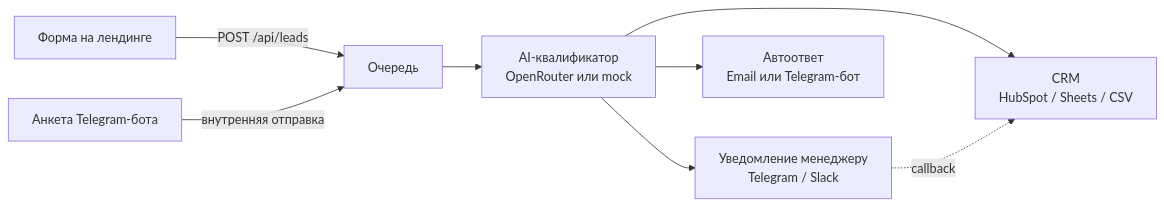
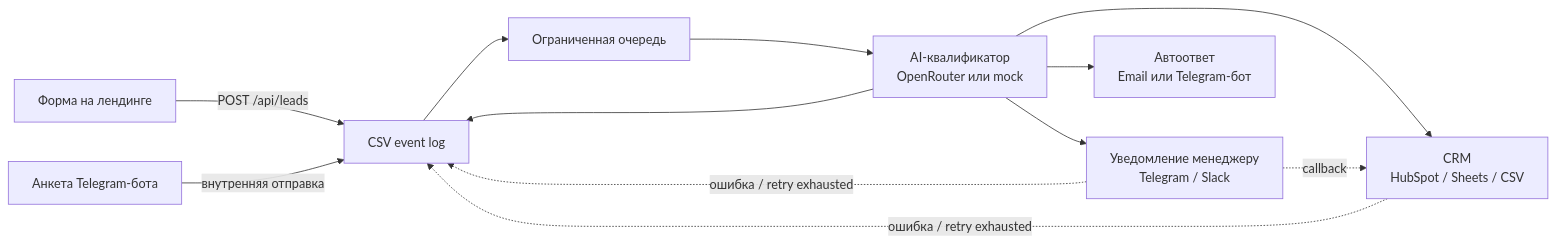
Before and after one commit to reinh2/Lead-pipeline: the first of 2 diagrams in README.md, drawn with Mermaid. The commit also changed other lines of this file and 44 other files, not shown here.

````diff
--- a/README.md
+++ b/README.md
@@ -9,10 +11,14 @@
 ```mermaid
 flowchart LR
-    A[Форма на лендинге] -->|POST /api/leads| Q[Очередь]
-    B[Анкета Telegram-бота] -->|внутренняя отправка| Q
+    A[Форма на лендинге] -->|POST /api/leads| D[CSV event log]
+    B[Анкета Telegram-бота] -->|внутренняя отправка| D
+    D --> Q[Ограниченная очередь]
     Q --> AI[AI-квалификатор<br/>OpenRouter или mock]
     AI --> CRM[CRM<br/>HubSpot / Sheets / CSV]
     AI --> N[Уведомление менеджеру<br/>Telegram / Slack]
     AI --> R[Автоответ<br/>Email или Telegram-бот]
     N -.callback.-> CRM
+    AI --> D
+    CRM -.ошибка / retry exhausted.-> D
+    N -.ошибка / retry exhausted.-> D
 ```
````
